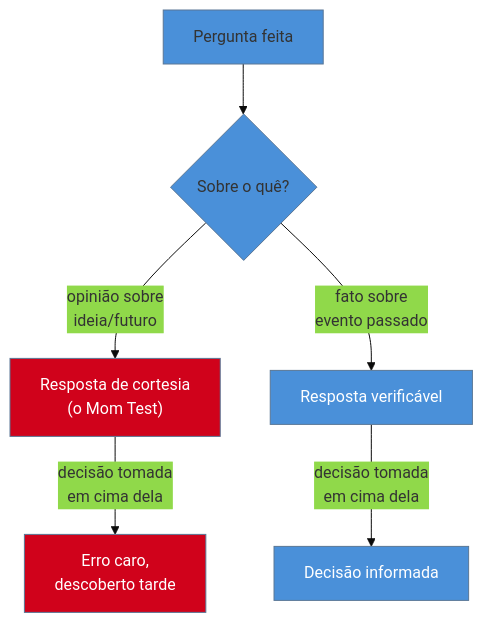
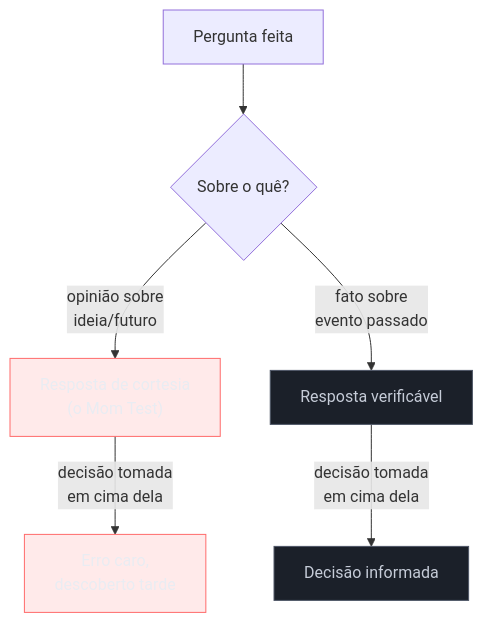
One commit to josenaldo/codex-technomanticus changed the diagram in 03-Dominios/Engenharia/UX/Descoberta e Pesquisa/07 - Entrevista de descoberta - as regras do Mom Test.md. Above: the diagram before and after it, drawn with Mermaid. The commit also changed 1181 other files, not shown here.

First line of the commit message:
fix(diagramas): paleta do sistema no lugar de cor cravada no markdown

````diff
--- a/03-Dominios/Engenharia/UX/Descoberta e Pesquisa/07 - Entrevista de descoberta - as regras do Mom Test.md
+++ b/03-Dominios/Engenharia/UX/Descoberta e Pesquisa/07 - Entrevista de descoberta - as regras do Mom Test.md
@@ -37,13 +37,14 @@
 ```mermaid
-%%{init: {"theme": "base", "themeVariables": {"primaryColor": "#4A90D9"}}}%%
 graph TD
+    classDef falha fill:#FF6B6B24,stroke:#FF6B6B,color:#E9ECF2
+    classDef neutro fill:#1B2029,stroke:#4E5666,color:#C6CCD8
     Q["Pergunta feita"] --> T{"Sobre o quê?"}
     T -->|"opinião sobre<br/>ideia/futuro"| R["Resposta de cortesia<br/>(o Mom Test)"]
     T -->|"fato sobre<br/>evento passado"| F["Resposta verificável"]
     R -->|"decisão tomada<br/>em cima dela"| E["Erro caro,<br/>descoberto tarde"]
     F -->|"decisão tomada<br/>em cima dela"| D["Decisão informada"]
-    style R fill:#D0021B,color:#fff
-    style E fill:#D0021B,color:#fff
-    style F fill:#4A90D9,color:#fff
-    style D fill:#4A90D9,color:#fff
+    class R falha
+    class E falha
+    class F neutro
+    class D neutro
 ```
````
